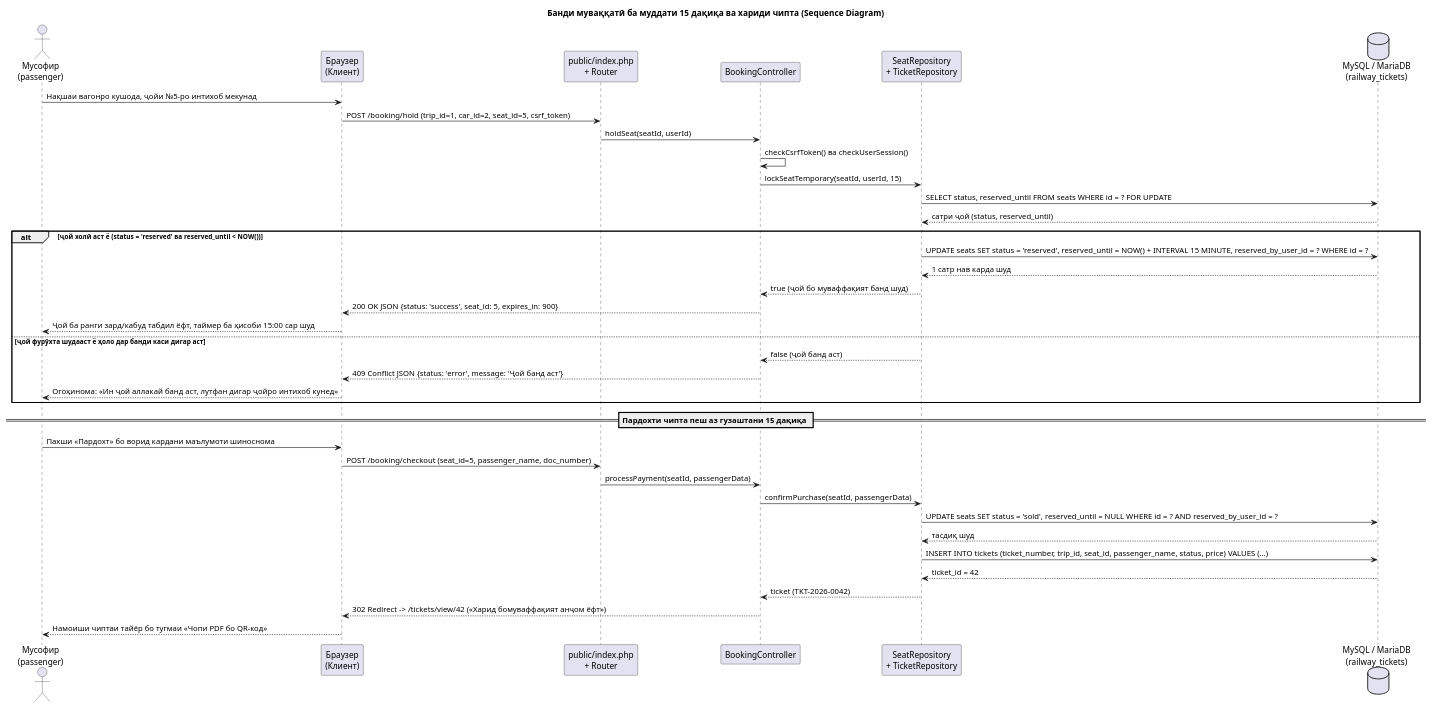
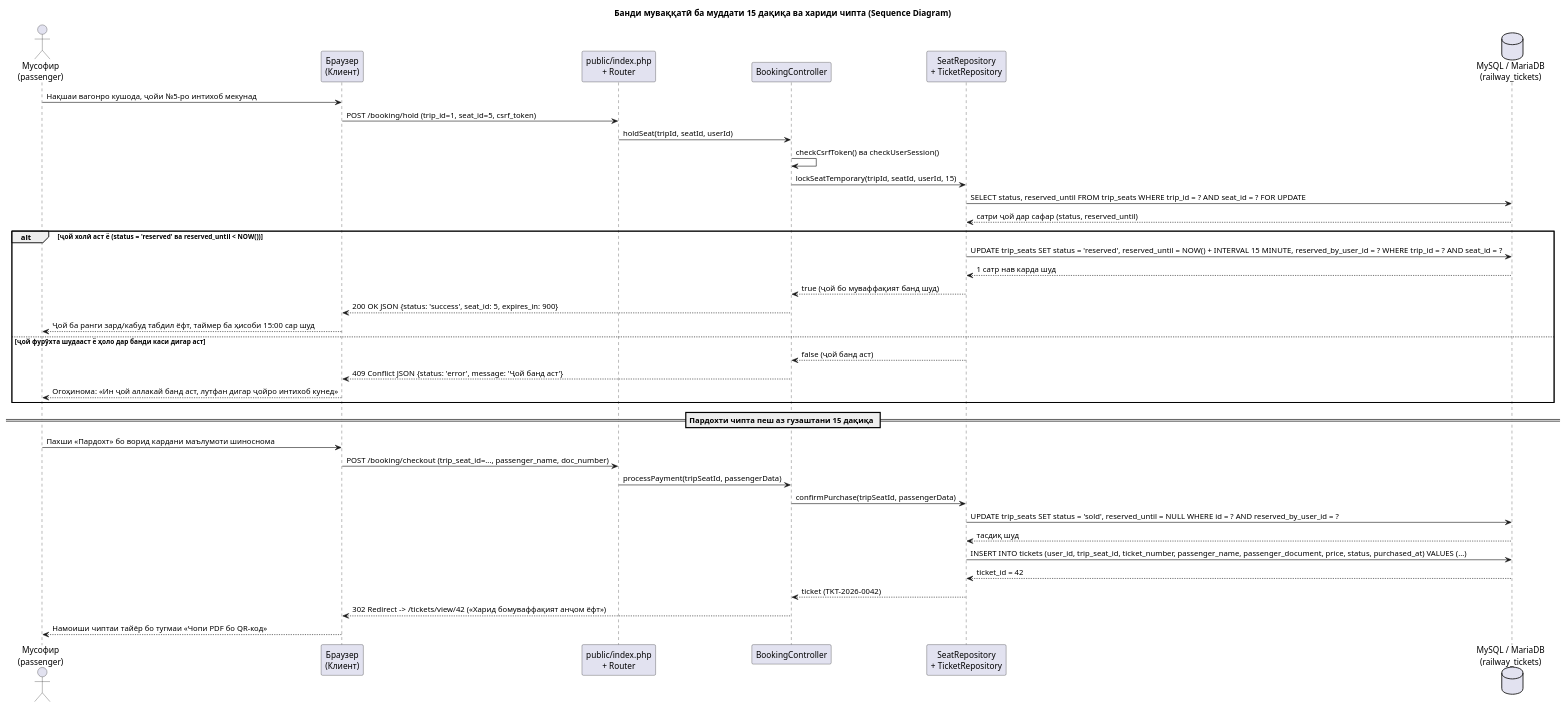
The diagram in train-tickets/docs/04-behavior/sequence-booking.puml (YorzodaMansur/train-tickets), drawn with PlantUML before and after one commit. The commit also changed 17 other files, not shown here.

```diff
--- a/train-tickets/docs/04-behavior/sequence-booking.puml
+++ b/train-tickets/docs/04-behavior/sequence-booking.puml
@@ -1,48 +1,48 @@
 @startuml sequence-booking
 title Банди муваққатӣ ба муддати 15 дақиқа ва хариди чипта (Sequence Diagram)
 
 actor "Мусофир\n(passenger)" as P
 participant "Браузер\n(Клиент)" as B
 participant "public/index.php\n+ Router" as R
 participant "BookingController" as C
 participant "SeatRepository\n+ TicketRepository" as Repo
 database "MySQL / MariaDB\n(railway_tickets)" as DB
 
 P -> B : Нақшаи вагонро кушода, ҷойи №5-ро интихоб мекунад
-B -> R : POST /booking/hold (trip_id=1, car_id=2, seat_id=5, csrf_token)
-R -> C : holdSeat(seatId, userId)
+B -> R : POST /booking/hold (trip_id=1, seat_id=5, csrf_token)
+R -> C : holdSeat(tripId, seatId, userId)
 C -> C : checkCsrfToken() ва checkUserSession()
 
-C -> Repo : lockSeatTemporary(seatId, userId, 15)
-Repo -> DB : SELECT status, reserved_until FROM seats WHERE id = ? FOR UPDATE
-DB --> Repo : сатри ҷой (status, reserved_until)
+C -> Repo : lockSeatTemporary(tripId, seatId, userId, 15)
+Repo -> DB : SELECT status, reserved_until FROM trip_seats WHERE trip_id = ? AND seat_id = ? FOR UPDATE
+DB --> Repo : сатри ҷой дар сафар (status, reserved_until)
 
 alt ҷой холӣ аст ё (status = 'reserved' ва reserved_until < NOW())
-    Repo -> DB : UPDATE seats SET status = 'reserved', reserved_until = NOW() + INTERVAL 15 MINUTE, reserved_by_user_id = ? WHERE id = ?
+    Repo -> DB : UPDATE trip_seats SET status = 'reserved', reserved_until = NOW() + INTERVAL 15 MINUTE, reserved_by_user_id = ? WHERE trip_id = ? AND seat_id = ?
     DB --> Repo : 1 сатр нав карда шуд
     Repo --> C : true (ҷой бо муваффақият банд шуд)
     C --> B : 200 OK JSON {status: 'success', seat_id: 5, expires_in: 900}
     B --> P : Ҷой ба ранги зард/кабуд табдил ёфт, таймер ба ҳисоби 15:00 сар шуд
 else ҷой фурӯхта шудааст ё ҳоло дар банди каси дигар аст
     Repo --> C : false (ҷой банд аст)
     C --> B : 409 Conflict JSON {status: 'error', message: 'Ҷой банд аст'}
     B --> P : Огоҳинома: «Ин ҷой аллакай банд аст, лутфан дигар ҷойро интихоб кунед»
 end
 
 == Пардохти чипта пеш аз гузаштани 15 дақиқа ==
 
 P -> B : Пахши «Пардохт» бо ворид кардани маълумоти шиноснома
-B -> R : POST /booking/checkout (seat_id=5, passenger_name, doc_number)
-R -> C : processPayment(seatId, passengerData)
-C -> Repo : confirmPurchase(seatId, passengerData)
+B -> R : POST /booking/checkout (trip_seat_id=..., passenger_name, doc_number)
+R -> C : processPayment(tripSeatId, passengerData)
+C -> Repo : confirmPurchase(tripSeatId, passengerData)
 
-Repo -> DB : UPDATE seats SET status = 'sold', reserved_until = NULL WHERE id = ? AND reserved_by_user_id = ?
+Repo -> DB : UPDATE trip_seats SET status = 'sold', reserved_until = NULL WHERE id = ? AND reserved_by_user_id = ?
 DB --> Repo : тасдиқ шуд
-Repo -> DB : INSERT INTO tickets (ticket_number, trip_id, seat_id, passenger_name, status, price) VALUES (...)
+Repo -> DB : INSERT INTO tickets (user_id, trip_seat_id, ticket_number, passenger_name, passenger_document, price, status, purchased_at) VALUES (...)
 DB --> Repo : ticket_id = 42
 
 Repo --> C : ticket (TKT-2026-0042)
 C --> B : 302 Redirect -> /tickets/view/42 («Харид бомуваффақият анҷом ёфт»)
 B --> P : Намоиши чиптаи тайёр бо тугмаи «Чопи PDF бо QR-код»
 
 @enduml
```
